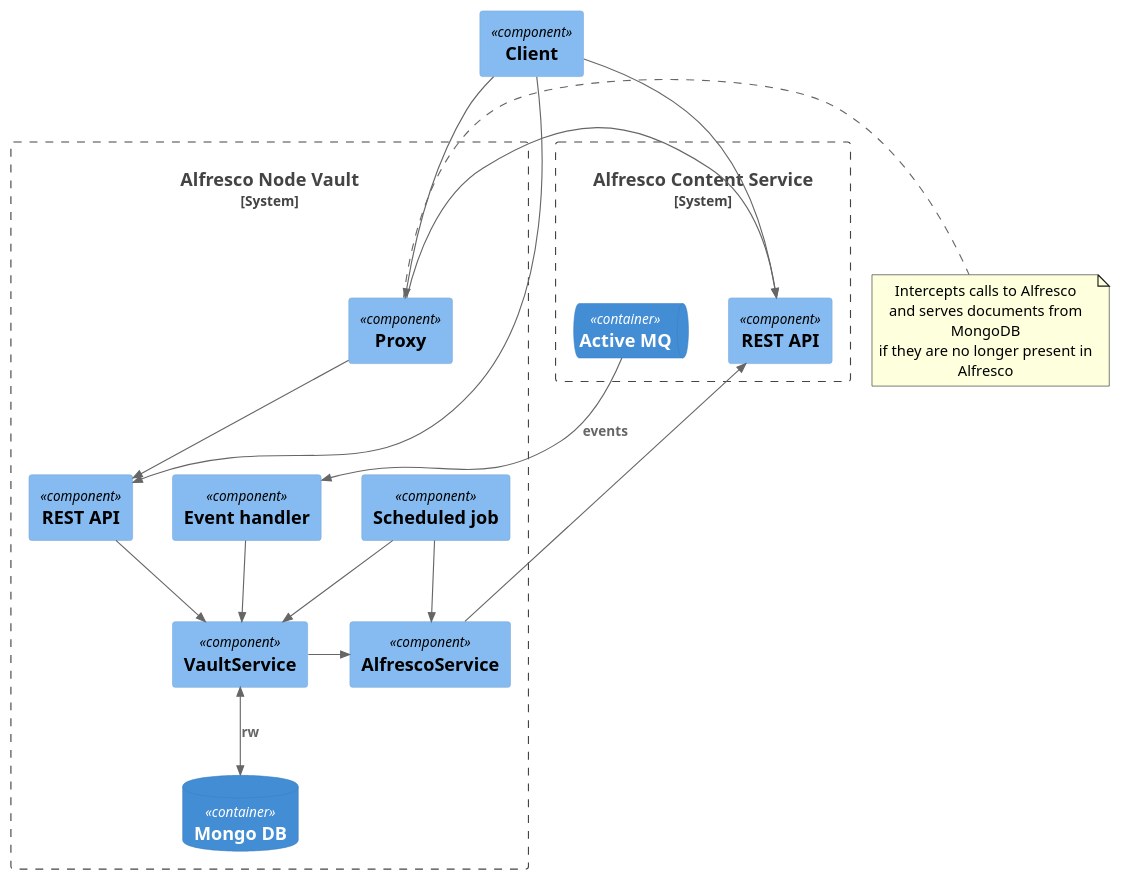
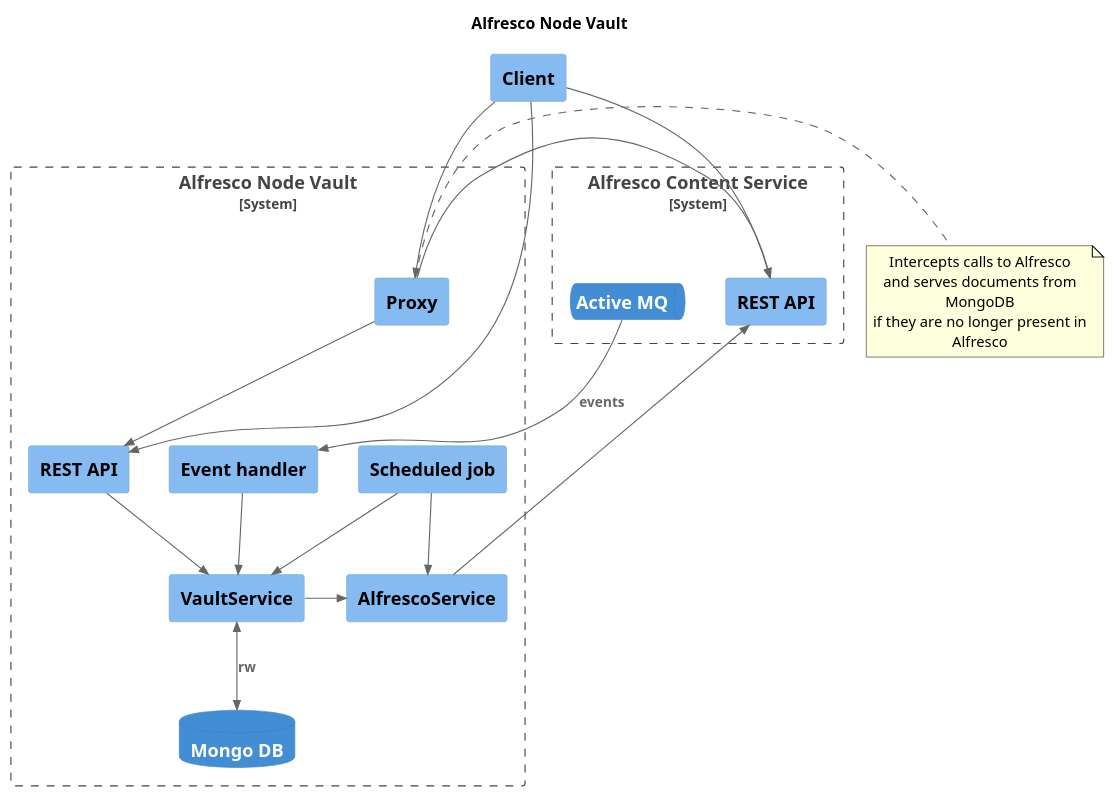
Before and after one commit to saidone75/alfresco-node-vault: the diagram in architecture.puml, drawn with PlantUML. The commit also changed 1 other file, not shown here.

Commit message:
Add title "Alfresco Node Vault" and hide stereotypes in architecture diagram

```diff
--- a/architecture.puml
+++ b/architecture.puml
@@ -1,43 +1,47 @@
 @startuml
 !include <C4/C4_Container>
 !include <C4/C4_Component>
+
+hide stereotype
+
+title Alfresco Node Vault
 
 System_Boundary(anv, "Alfresco Node Vault") {
   Component(anvProxy, "Proxy")
   Component(anvApi, "REST API")
   Component(anvHandler, "Event handler")
   Component(anvJob, "Scheduled job")
   Component(anvVault, "VaultService")
   Component(anvAlfresco, "AlfrescoService")
   ContainerDb(anvMongo, "Mongo DB")
 }
 
 note right of [anvProxy]
 Intercepts calls to Alfresco
 and serves documents from MongoDB
 if they are no longer present in Alfresco
 end note
 
 System_Boundary(acs, "Alfresco Content Service") {
   ContainerQueue(acsQueue, "Active MQ")
   Component(acsApi, "REST API")
 }
 
 Rel_D(acsQueue, anvHandler, "events")
 Rel_D(anvProxy, anvApi, "")
 Rel_R(anvProxy, acsApi, "")
 Rel_D(anvApi, anvVault, "")
 Rel_D(anvHandler, anvVault, "")
 Rel_D(anvJob, anvVault, "")
 Rel_D(anvJob, anvAlfresco, "")
 BiRel_D(anvVault, anvMongo, "rw")
 Rel_R(anvVault, anvAlfresco, "")
 Rel_R(anvAlfresco, acsApi, "")
 
 Component(client, "Client")
 
 Rel_D(client, anvProxy, "")
 Rel_D(client, anvApi, "")
 Rel_D(client, acsApi, "")
 
 @enduml
```
